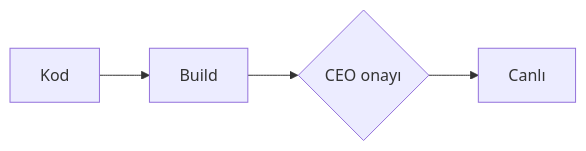
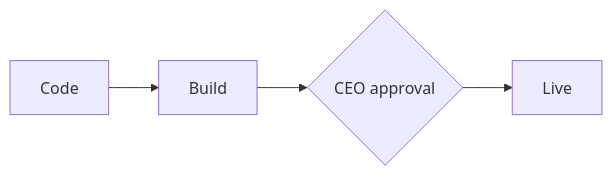
One commit to GktuOktay/claude-agency-v2 changed the fourth of 4 diagrams in templates/spec-tam.md. Above: the diagram before and after it, drawn with Mermaid. The commit also changed other lines of this file and 12 other files, not shown here.

````diff
--- a/templates/spec-tam.md
+++ b/templates/spec-tam.md
@@ -59,5 +59,5 @@
 ```mermaid
-%% Soru: kod canlıya hangi yoldan çıkar, nasıl geri alınır?
+%% Question: by which path does the code go live, and how is it rolled back?
 flowchart LR
-  K[Kod] --> B[Build] --> O{CEO onayı} --> C[Canlı]
+  K[Code] --> B[Build] --> O{CEO approval} --> C[Live]
 ```
````
